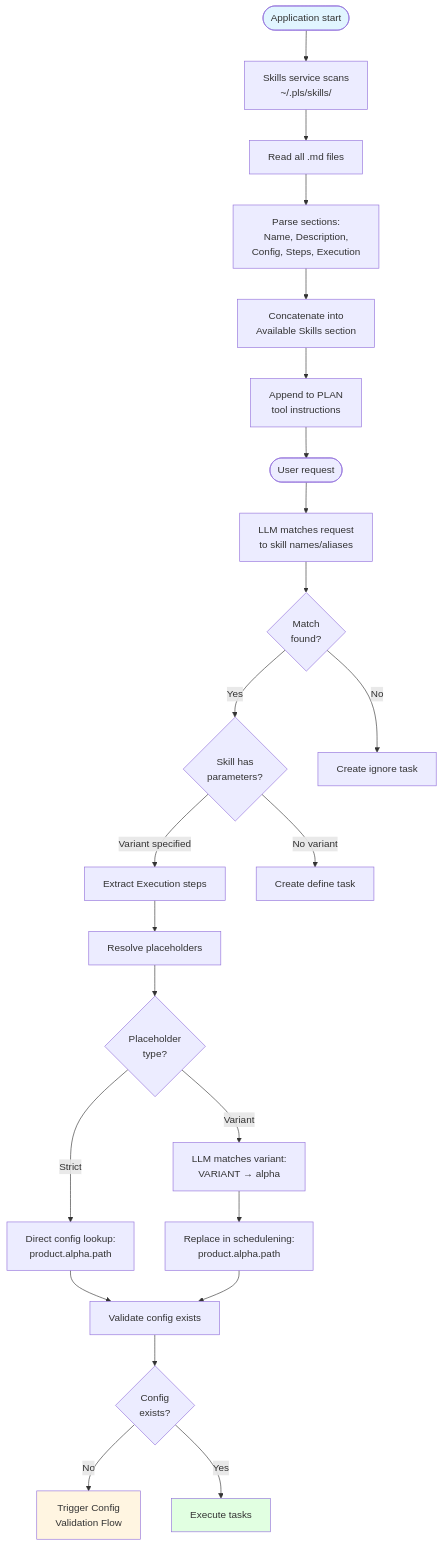
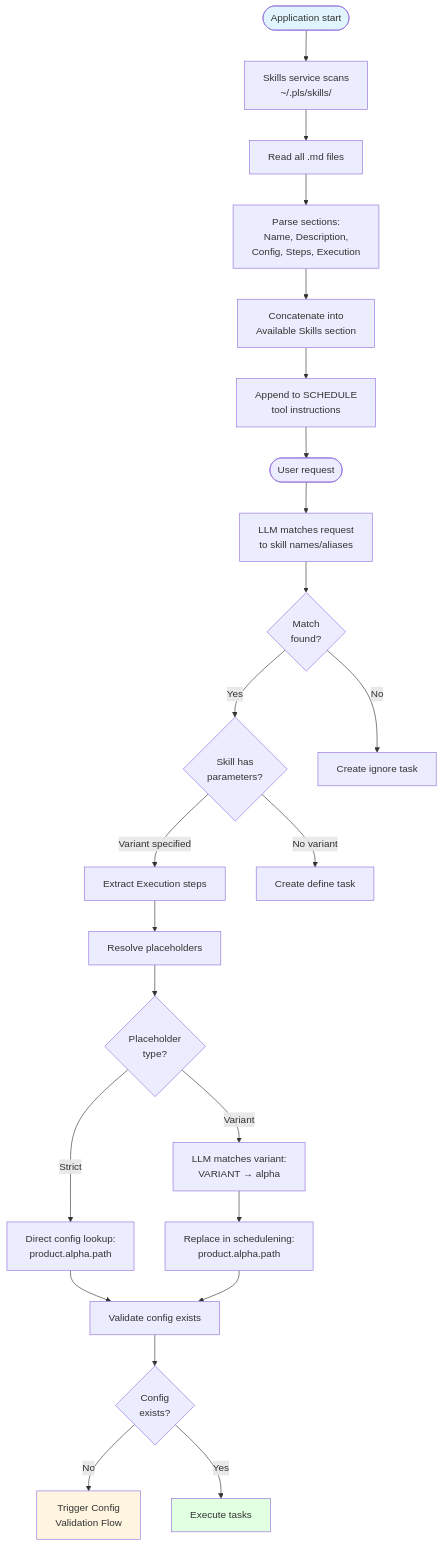
Diagram 11 of 18 in FLOWS.md (aswitalski/pls), drawn with Mermaid before and after one commit. The commit also changed other lines of this file and 14 other files, not shown here.

````diff
--- a/FLOWS.md
+++ b/FLOWS.md
@@ -593,36 +593,36 @@
 ```mermaid
 flowchart TD
     Start([Application start]) --> SkillLoad[Skills service scans<br/>~/.pls/skills/]
     SkillLoad --> ReadFiles[Read all .md files]
     ReadFiles --> ParseSections[Parse sections:<br/>Name, Description,<br/>Config, Steps, Execution]
     ParseSections --> Concat[Concatenate into<br/>Available Skills section]
-    Concat --> AppendPlan[Append to PLAN<br/>tool instructions]
+    Concat --> AppendPlan[Append to SCHEDULE<br/>tool instructions]
 
     AppendPlan --> UserReq([User request])
     UserReq --> SkillMatch[LLM matches request<br/>to skill names/aliases]
 
     SkillMatch --> Found{Match<br/>found?}
     Found -->|Yes| CheckParams{Skill has<br/>parameters?}
     Found -->|No| CreateIgnore[Create ignore task]
 
     CheckParams -->|Variant specified| ExtractSteps[Extract Execution steps]
     CheckParams -->|No variant| CreateDefine[Create define task]
 
     ExtractSteps --> ResolvePlaceholders[Resolve placeholders]
     ResolvePlaceholders --> StrictCheck{Placeholder<br/>type?}
 
     StrictCheck -->|Strict| DirectLookup[Direct config lookup:<br/>product.alpha.path]
     StrictCheck -->|Variant| LLMMatch[LLM matches variant:<br/>VARIANT → alpha]
 
     LLMMatch --> ReplaceVar[Replace in schedulening:<br/>product.alpha.path]
     DirectLookup --> ValidateConfig
     ReplaceVar --> ValidateConfig
 
     ValidateConfig[Validate config exists] --> ConfigExists{Config<br/>exists?}
     ConfigExists -->|No| TriggerVal[Trigger Config<br/>Validation Flow]
     ConfigExists -->|Yes| Execute[Execute tasks]
 
     style Start fill:#e1f5ff
     style Execute fill:#e1ffe1
     style TriggerVal fill:#fff5e1
 ```
````
